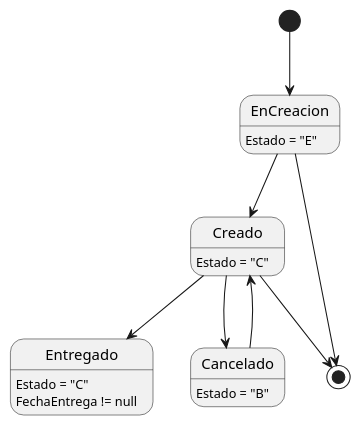
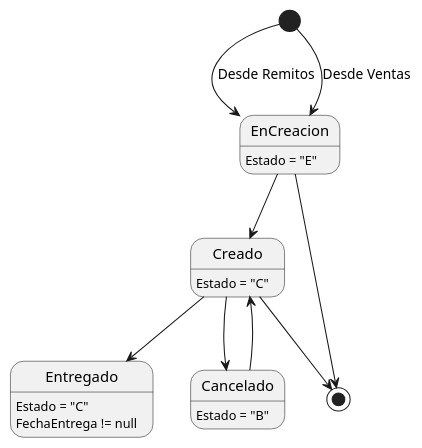
The seventh of 7 diagrams in DiagramasEstado/DiagramaDeEstado.puml (ZMGestion/DocumentacionZMGestion), drawn with PlantUML before and after one commit. The commit also changed other lines of this file and 48 other files, not shown here.

```diff
--- a/DiagramasEstado/DiagramaDeEstado.puml
+++ b/DiagramasEstado/DiagramaDeEstado.puml
@@ -143,17 +144,18 @@
 @startuml remitos
 
 EnCreacion: Estado = "E"
 Creado: Estado = "C"
 Entregado: Estado = "C"
 Entregado: FechaEntrega != null
 Cancelado: Estado = "B"
 
-[*] --> EnCreacion
+[*] --> EnCreacion: Desde Remitos
+[*] --> EnCreacion: Desde Ventas
 EnCreacion --> Creado
 Creado --> Entregado
 Cancelado --> Creado
 Creado --> Cancelado
 EnCreacion --> [*]
 Creado --> [*]
 
 @enduml
```
